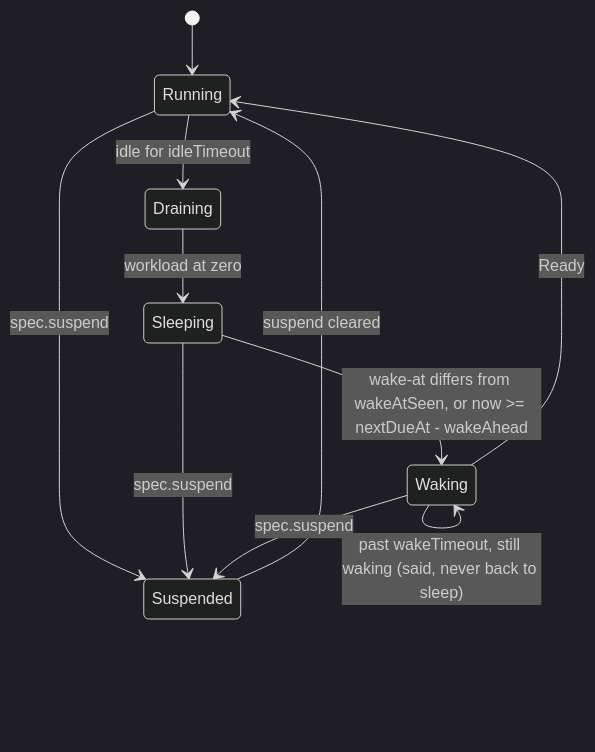
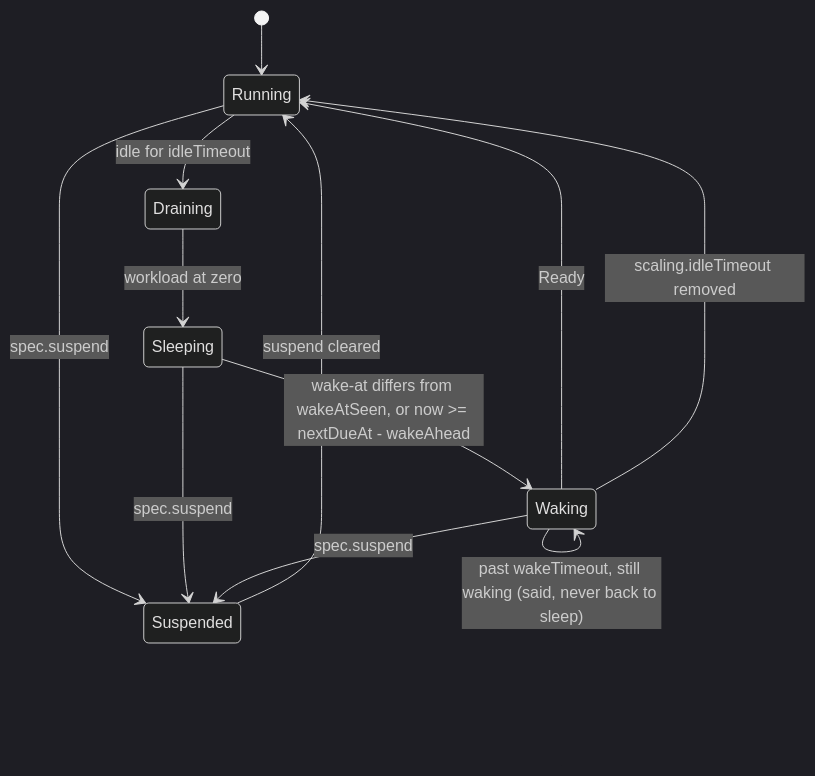
The third of 10 diagrams in docs/architecture/05-runtime.md (vymalo/another-agentic-platform), drawn with Mermaid (dark theme) before and after one commit. The commit also changed other lines of this file and 20 other files, not shown here.

````diff
--- a/docs/architecture/05-runtime.md
+++ b/docs/architecture/05-runtime.md
@@ -235,13 +235,14 @@
 ```mermaid
 stateDiagram-v2
     [*] --> Running
     Running --> Draining: idle for idleTimeout
     Draining --> Sleeping: workload at zero
     Sleeping --> Waking: wake-at differs from wakeAtSeen, or now >= nextDueAt - wakeAhead
     Waking --> Running: Ready
     Waking --> Waking: past wakeTimeout, still waking (said, never back to sleep)
     Running --> Suspended: spec.suspend
     Sleeping --> Suspended: spec.suspend
     Waking --> Suspended: spec.suspend
+    Waking --> Running: scaling.idleTimeout removed
     Suspended --> Running: suspend cleared
 ```
````
